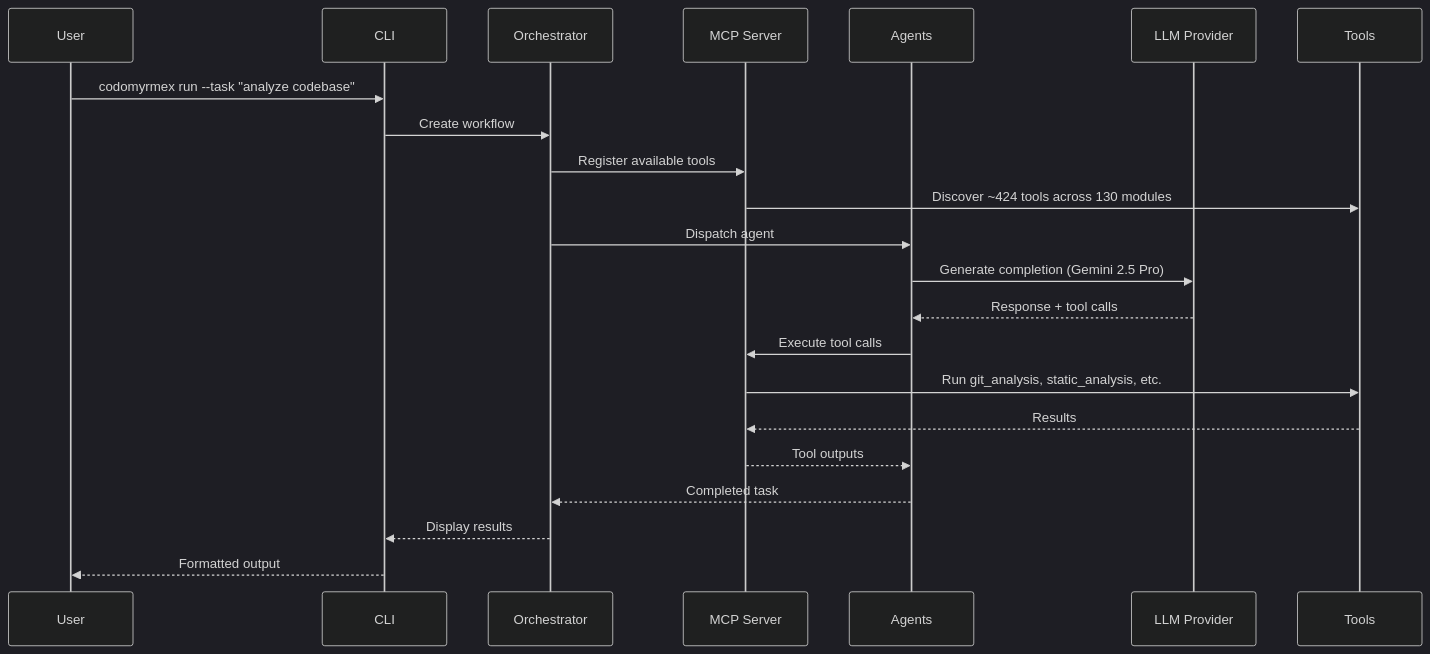
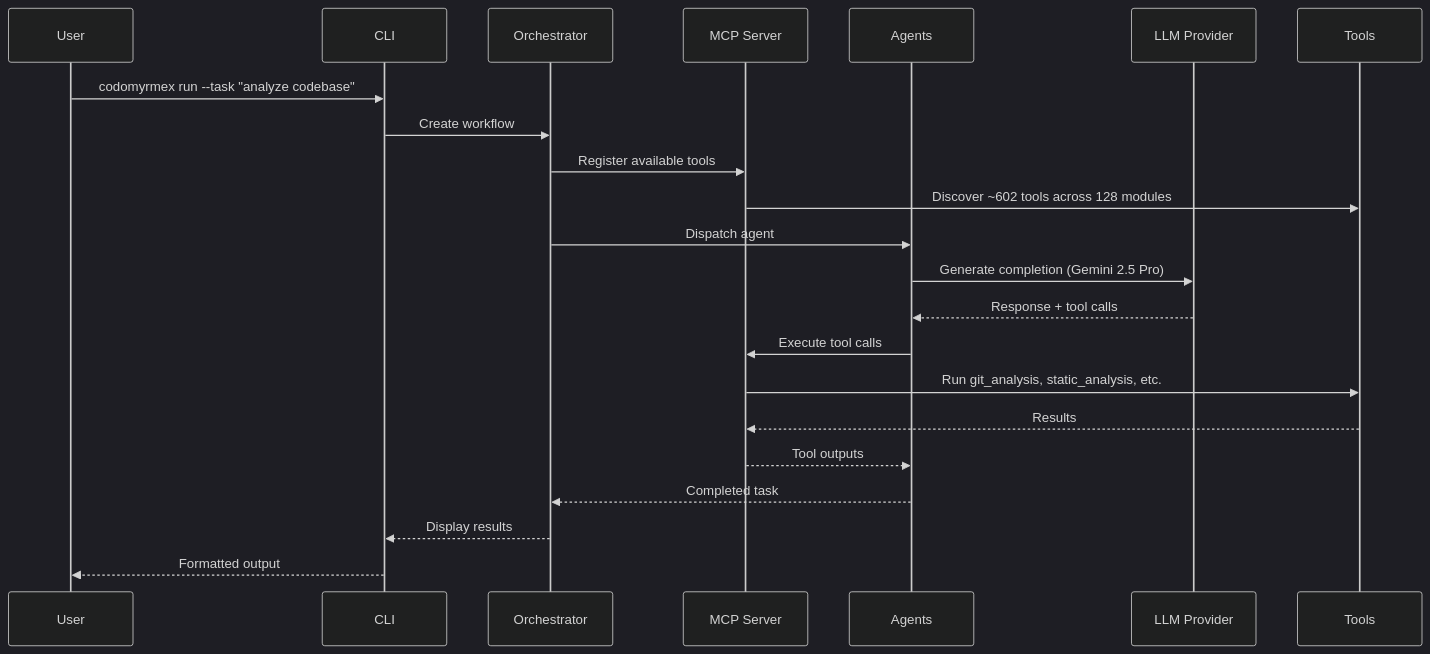
The third of 7 diagrams in .github/README.md (docxology/codomyrmex), drawn with Mermaid (dark theme) before and after one commit. The commit also changed other lines of this file and 119 other files, not shown here.

````diff
--- a/.github/README.md
+++ b/.github/README.md
@@ -424,25 +424,25 @@
 ```mermaid
 sequenceDiagram
     participant User
     participant CLI
     participant Orchestrator
     participant MCP as MCP Server
     participant Agents
     participant LLM as LLM Provider
     participant Tools
 
     User->>CLI: codomyrmex run --task "analyze codebase"
     CLI->>Orchestrator: Create workflow
     Orchestrator->>MCP: Register available tools
-    MCP->>Tools: Discover ~424 tools across 130 modules
+    MCP->>Tools: Discover ~602 tools across 128 modules
     Orchestrator->>Agents: Dispatch agent
     Agents->>LLM: Generate completion (Gemini 2.5 Pro)
     LLM-->>Agents: Response + tool calls
     Agents->>MCP: Execute tool calls
     MCP->>Tools: Run git_analysis, static_analysis, etc.
     Tools-->>MCP: Results
     MCP-->>Agents: Tool outputs
     Agents-->>Orchestrator: Completed task
     Orchestrator-->>CLI: Display results
     CLI-->>User: Formatted output
 ```
````
